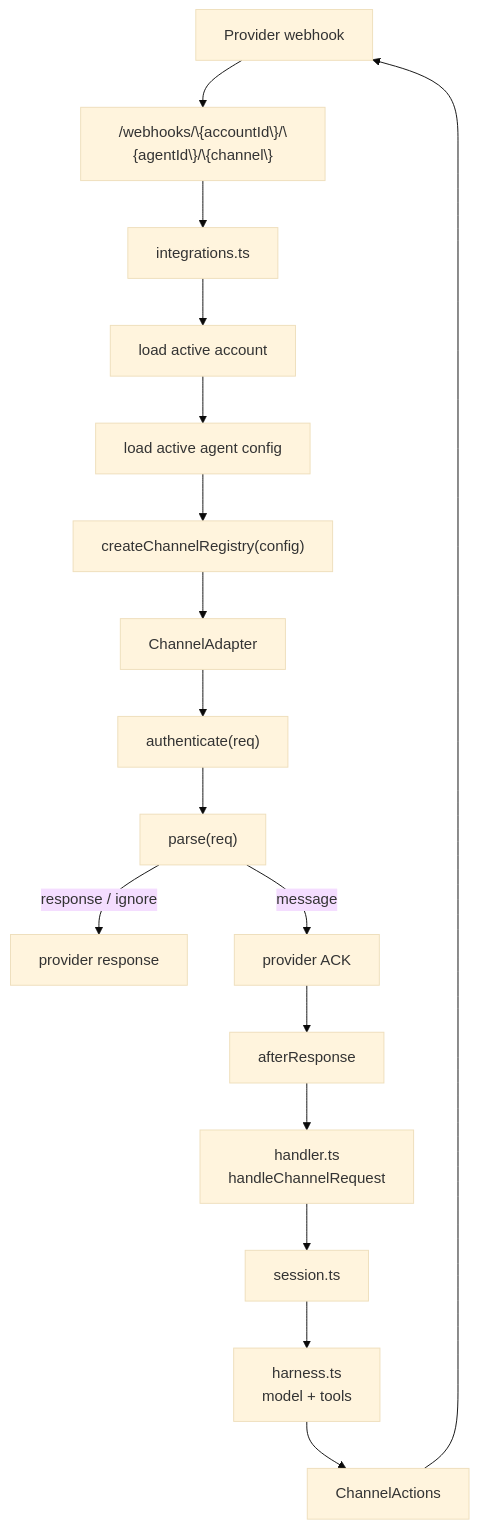
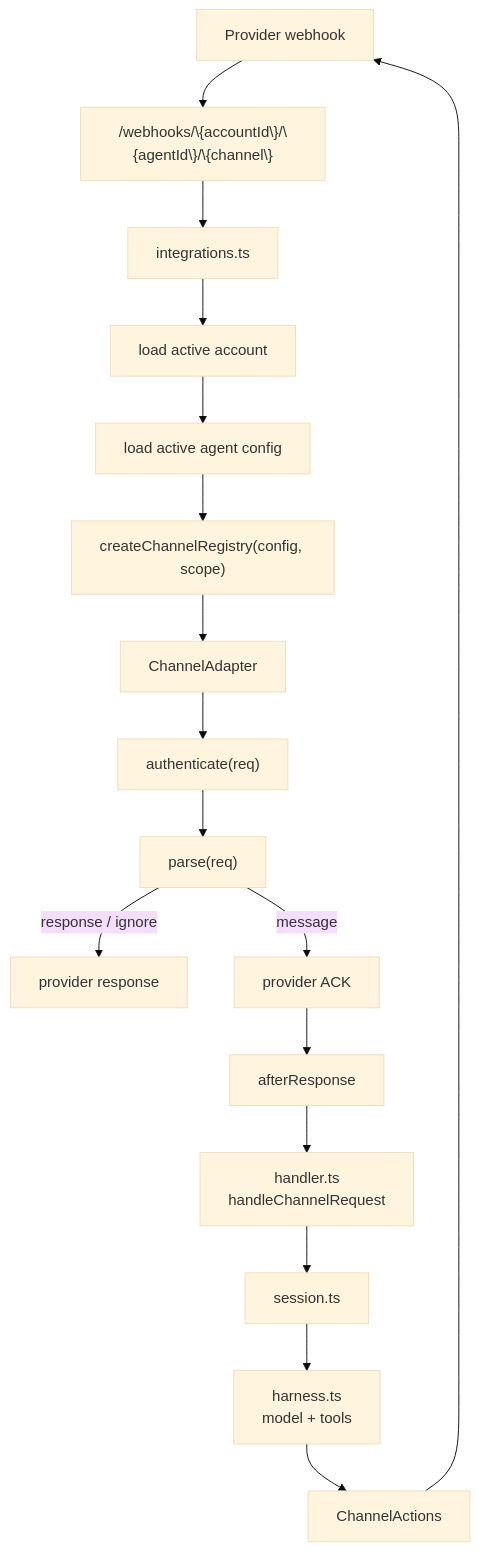
One commit to beeblastco/broods changed the first of 2 diagrams in docs/channels/index.md. Above: the diagram before and after it, drawn with Mermaid (base theme). The commit also changed other lines of this file and 69 other files, not shown here.

````diff
--- a/docs/channels/index.md
+++ b/docs/channels/index.md
@@ -13,19 +13,19 @@
 ```mermaid
 flowchart TD
   Provider["Provider webhook"] --> Url["/webhooks/\{accountId\}/\{agentId\}/\{channel\}"]
   Url --> Integrations["integrations.ts"]
   Integrations --> Account["load active account"]
   Account --> Agent["load active agent config"]
-  Agent --> Registry["createChannelRegistry(config)"]
+  Agent --> Registry["createChannelRegistry(config, scope)"]
   Registry --> Adapter["ChannelAdapter"]
   Adapter --> Auth["authenticate(req)"]
   Auth --> Parse["parse(req)"]
   Parse -->|"response / ignore"| ProviderAck["provider response"]
   Parse -->|"message"| Ack["provider ACK"]
   Ack --> After["afterResponse"]
   After --> Handler["handler.ts<br/>handleChannelRequest"]
   Handler --> Session["session.ts"]
   Session --> Harness["harness.ts<br/>model + tools"]
   Harness --> Actions["ChannelActions"]
   Actions --> Provider
 ```
````
